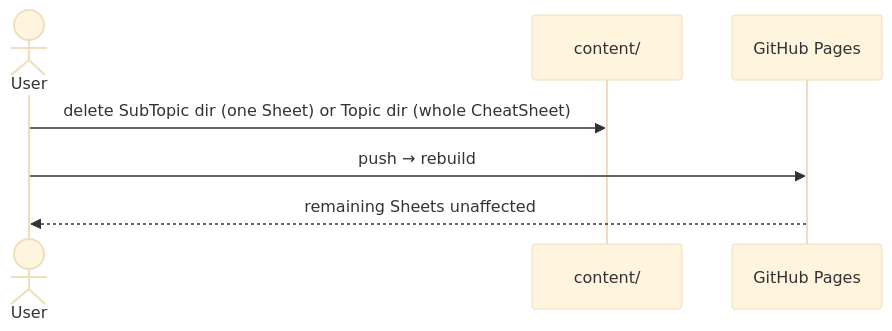
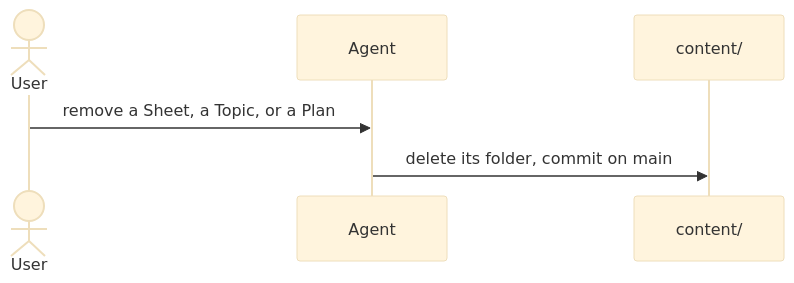
The sixth of 7 diagrams in docs/hldd/hldd.md (Povaz/cheatsheets), drawn with Mermaid (base theme) before and after one commit. The commit also changed other lines of this file and 121 other files, not shown here.

First line of the commit message:
refactor: Agent-authored content, trunk-based flow, Topic > Sheet

````diff
--- a/docs/hldd/hldd.md
+++ b/docs/hldd/hldd.md
@@ -218,9 +266,8 @@
 ```mermaid
 sequenceDiagram
     actor U as User
+    participant A as Agent
     participant C as content/
-    participant P as GitHub Pages
-    U->>C: delete SubTopic dir (one Sheet) or Topic dir (whole CheatSheet)
-    U->>P: push → rebuild
-    P-->>U: remaining Sheets unaffected
+    U->>A: remove a Sheet, a Topic, or a Plan
+    A->>C: delete its folder, commit on main
 ```
````
